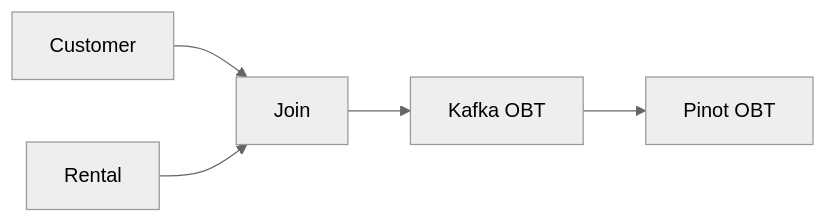
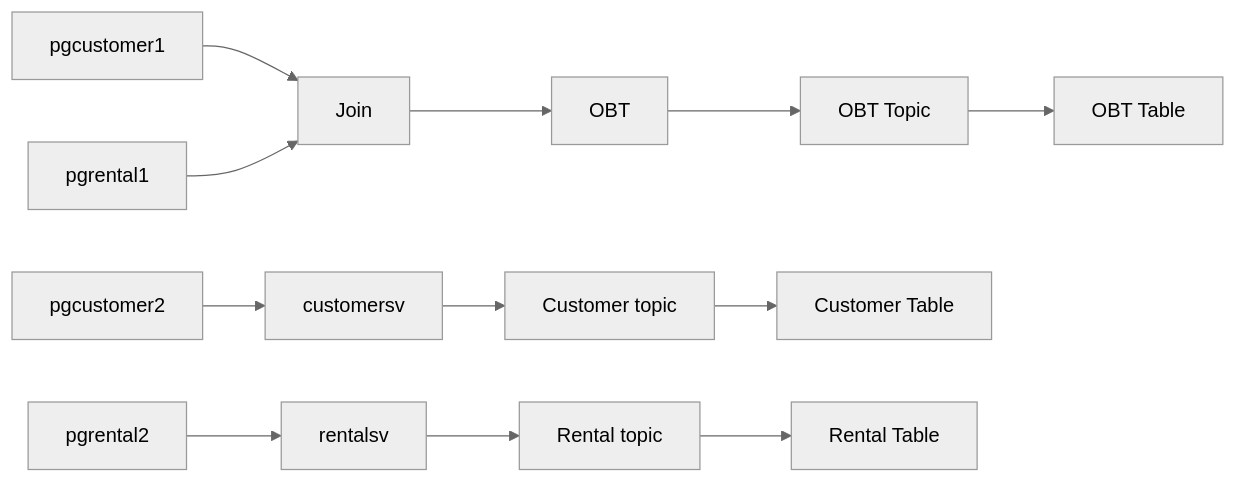
One commit to startreedata/examples changed the second of 3 diagrams in flink/README.md. Above: the diagram before and after it, drawn with Mermaid (neutral theme). The commit also changed other lines of this file, not shown here.

````diff
--- a/flink/README.md
+++ b/flink/README.md
@@ -141,7 +89,10 @@
 ```mermaid
 flowchart LR
 
-c[Customer]-->Join
-r[Rental]-->Join
-Join-->k[Kafka OBT]-->p[Pinot OBT]
+pgcustomer1-->Join
+pgrental1-->Join
+Join-->OBT-->k1[OBT Topic]-->p1[OBT Table]
+
+pgcustomer2-->customersv-->k2[Customer topic]-->p2[Customer Table]
+pgrental2-->rentalsv-->k3[Rental topic]-->p3[Rental Table]
 ```
````
